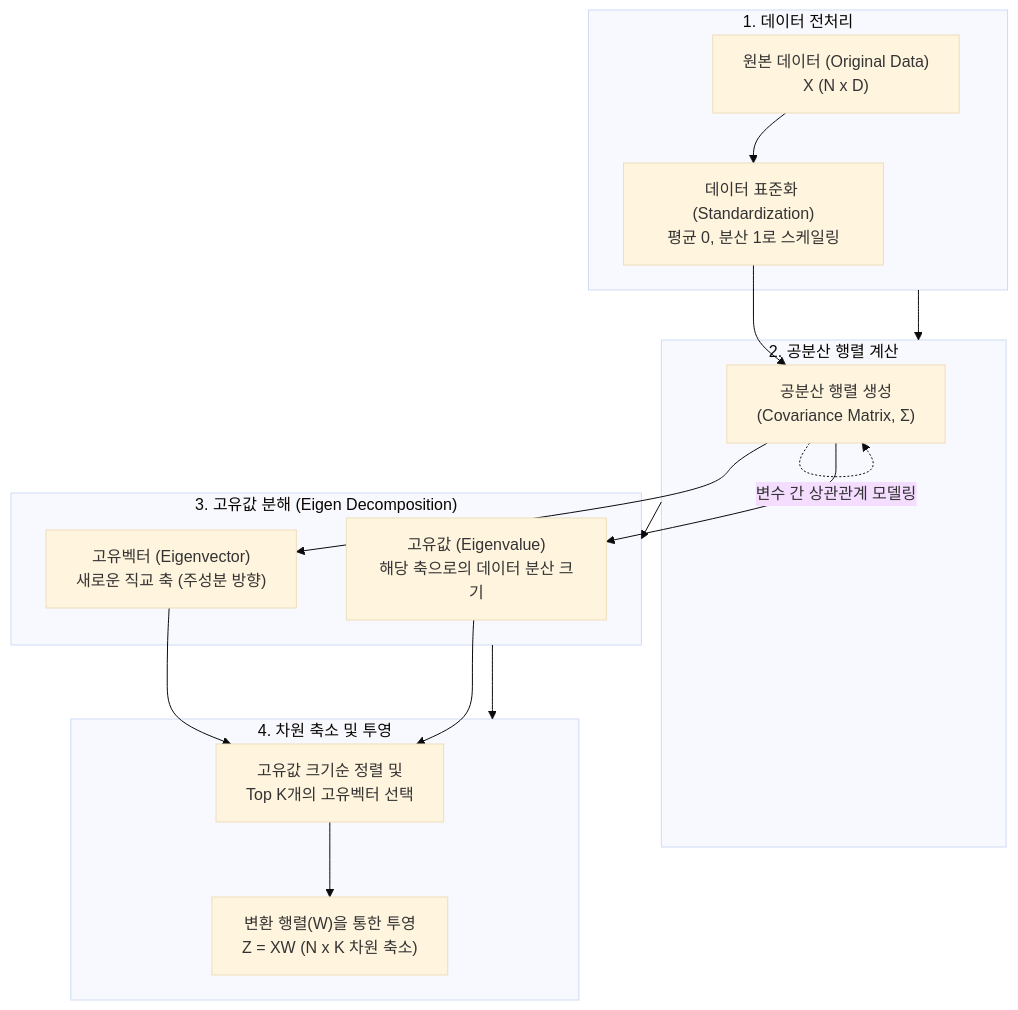
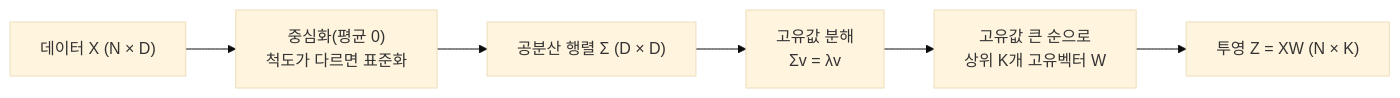
Before and after one commit to supremethumb/supremethumb.github.io: the diagram in content/01_IT Tech/PCA(Principal Component Analysis).md, drawn with Mermaid (base theme). The commit also changed other lines of this file and 1087 other files, not shown here.

````diff
--- a/content/01_IT Tech/PCA(Principal Component Analysis).md
+++ b/content/01_IT Tech/PCA(Principal Component Analysis).md
@@ -30,25 +37,8 @@
 ```mermaid
-flowchart TD
-    subgraph Data_Prep ["1. 데이터 전처리"]
-        D1["원본 데이터 (Original Data)<br/>X (N x D)"] --> S1["데이터 표준화 (Standardization)<br/>평균 0, 분산 1로 스케일링"]
-    end
-
-    subgraph Covariance ["2. 공분산 행렬 계산"]
-        S1 --> C1["공분산 행렬 생성<br/>(Covariance Matrix, Σ)"]
-        C1 -. "변수 간 상관관계 모델링" .-> C1
-    end
-
-    subgraph Eigen_Decomp ["3. 고유값 분해 (Eigen Decomposition)"]
-        C1 --> E1["고유벡터 (Eigenvector)<br/>새로운 직교 축 (주성분 방향)"]
-        C1 --> E2["고유값 (Eigenvalue)<br/>해당 축으로의 데이터 분산 크기"]
-    end
-
-    subgraph Projection ["4. 차원 축소 및 투영"]
-        E1 --> P1["고유값 크기순 정렬 및<br/>Top K개의 고유벡터 선택"]
-        E2 --> P1
-        P1 --> P2["변환 행렬(W)을 통한 투영<br/>Z = XW (N x K 차원 축소)"]
-    end
-
-    Data_Prep --> Covariance --> Eigen_Decomp --> Projection
-
+flowchart LR
+    X["데이터 X (N × D)"] --> S["중심화(평균 0)<br/>척도가 다르면 표준화"]
+    S --> C["공분산 행렬 Σ (D × D)"]
+    C --> E["고유값 분해<br/>Σv = λv"]
+    E --> K["고유값 큰 순으로<br/>상위 K개 고유벡터 W"]
+    K --> Z["투영 Z = XW (N × K)"]
 ```
````
